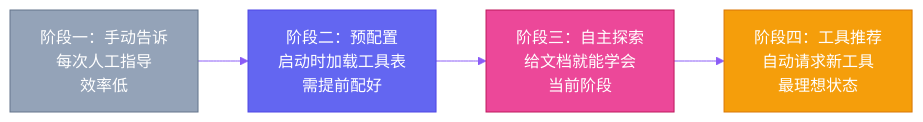
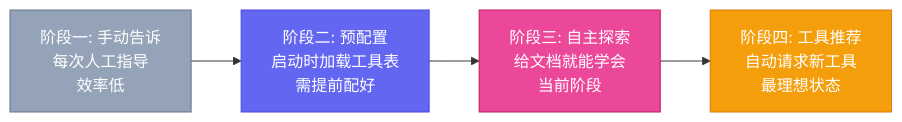
One commit to VokoForge/ai-prism changed the second of 2 diagrams in posts/yason-and-roberts/zh/ch11.md. Above: the diagram before and after it, drawn with Mermaid. The commit also changed other lines of this file and 31 other files, not shown here.

First line of the commit message:
✨ Rewrite all articles: hook titles, Mermaid diagrams, engaging style

````diff
--- a/posts/yason-and-roberts/zh/ch11.md
+++ b/posts/yason-and-roberts/zh/ch11.md
@@ -120,12 +119,11 @@
 ```mermaid
-%%{init: {'theme': 'base', 'themeVariables': {'primaryColor': '#6366f1','primaryTextColor': '#fff','primaryBorderColor': '#4f46e5','lineColor': '#8b5cf6','secondaryColor': '#ec4899','tertiaryColor': '#f59e0b'}}}%%
 graph LR
-    S1["阶段一：手动告诉<br>每次人工指导<br>效率低"] --> S2["阶段二：预配置<br>启动时加载工具表<br>需提前配好"]
-    S2 --> S3["阶段三：自主探索<br>给文档就能学会<br>当前阶段"]
-    S3 --> S4["阶段四：工具推荐<br>自动请求新工具<br>最理想状态"]
+    S1["阶段一: 手动告诉<br>每次人工指导<br>效率低"] --> S2["阶段二: 预配置<br>启动时加载工具表<br>需提前配好"]
+    S2 --> S3["阶段三: 自主探索<br>给文档就能学会<br>当前阶段"]
+    S3 --> S4["阶段四: 工具推荐<br>自动请求新工具<br>最理想状态"]
 
     style S1 fill:#94a3b8,stroke:#64748b,color:#fff
     style S2 fill:#6366f1,stroke:#4f46e5,color:#fff
     style S3 fill:#ec4899,stroke:#be185d,color:#fff
     style S4 fill:#f59e0b,stroke:#d97706,color:#fff
 ```
````
